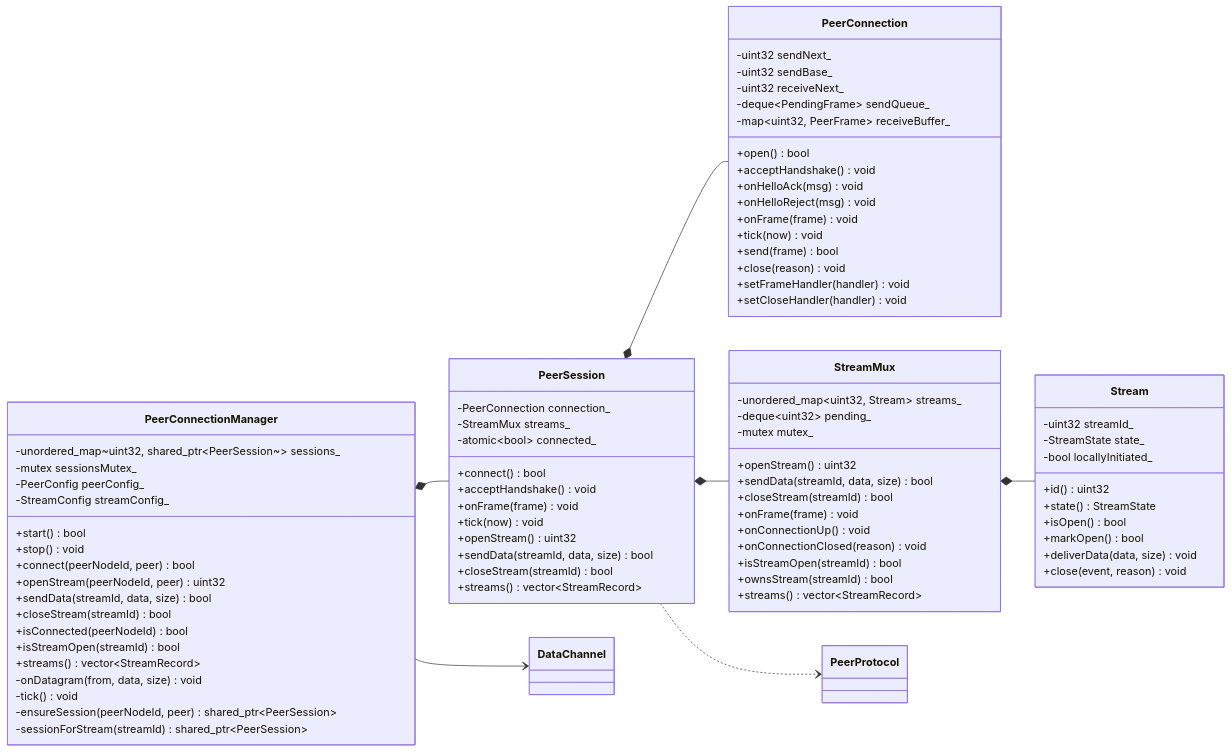
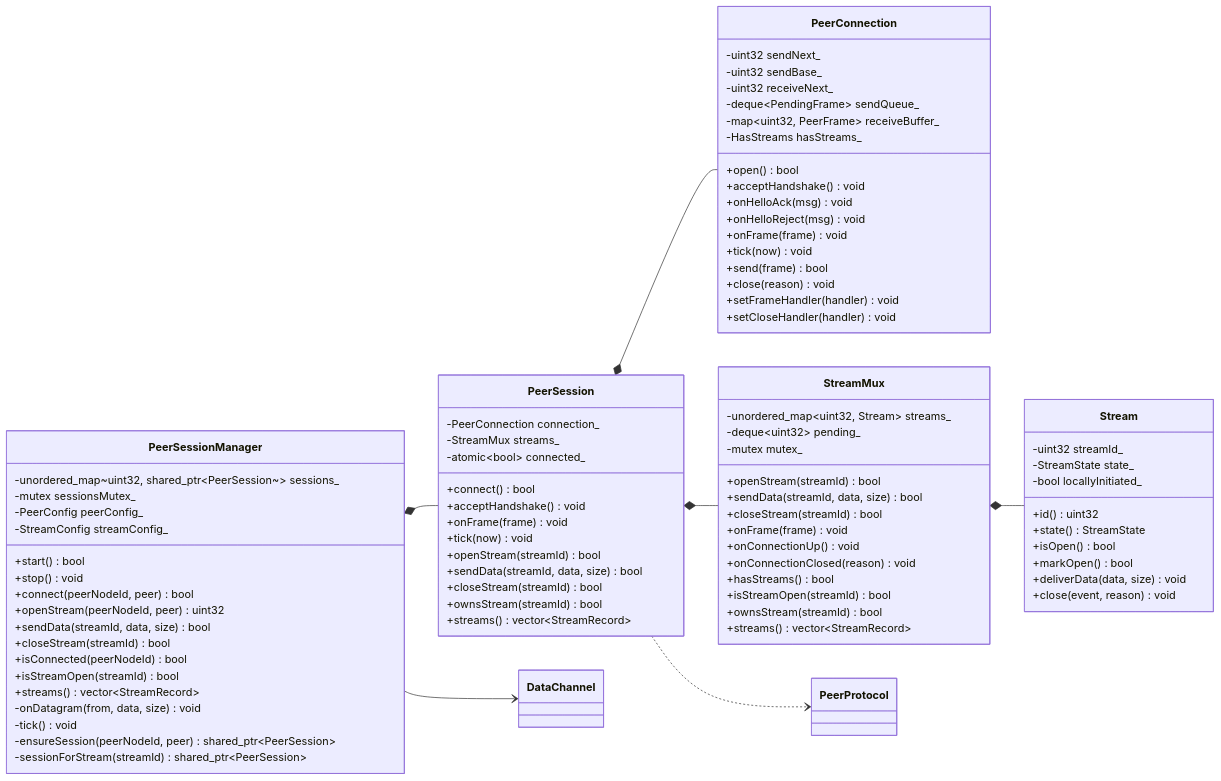
Before and after one commit to GoodBye-cn/NetProxy: the first of 3 diagrams in docs/transport-layer-split.md, drawn with Mermaid. The commit also changed other lines of this file and 3 other files, not shown here.

````diff
--- a/docs/transport-layer-split.md
+++ b/docs/transport-layer-split.md
@@ -209,7 +265,7 @@
 classDiagram
     direction LR
 
-    class PeerConnectionManager {
+    class PeerSessionManager {
         -unordered_map~uint32, shared_ptr~PeerSession~~ sessions_
         -mutex sessionsMutex_
         -PeerConfig peerConfig_
@@ -237,9 +293,10 @@
         +acceptHandshake() void
         +onFrame(frame) void
         +tick(now) void
-        +openStream() uint32
+        +openStream(streamId) bool
         +sendData(streamId, data, size) bool
         +closeStream(streamId) bool
+        +ownsStream(streamId) bool
         +streams() vector~StreamRecord~
     }
 
@@ -249,6 +306,7 @@
         -uint32 receiveNext_
         -deque~PendingFrame~ sendQueue_
         -map~uint32, PeerFrame~ receiveBuffer_
+        -HasStreams hasStreams_
         +open() bool
         +acceptHandshake() void
         +onHelloAck(msg) void
@@ -265,12 +323,13 @@
         -unordered_map~uint32, Stream~ streams_
         -deque~uint32~ pending_
         -mutex mutex_
-        +openStream() uint32
+        +openStream(streamId) bool
         +sendData(streamId, data, size) bool
         +closeStream(streamId) bool
         +onFrame(frame) void
         +onConnectionUp() void
         +onConnectionClosed(reason) void
+        +hasStreams() bool
         +isStreamOpen(streamId) bool
         +ownsStream(streamId) bool
         +streams() vector~StreamRecord~
@@ -288,10 +347,10 @@
         +close(event, reason) void
     }
 
-    PeerConnectionManager *-- PeerSession
+    PeerSessionManager *-- PeerSession
     PeerSession *-- PeerConnection
     PeerSession *-- StreamMux
     StreamMux *-- Stream
-    PeerConnectionManager --> DataChannel
+    PeerSessionManager --> DataChannel
     PeerSession ..> PeerProtocol
 ```
````
